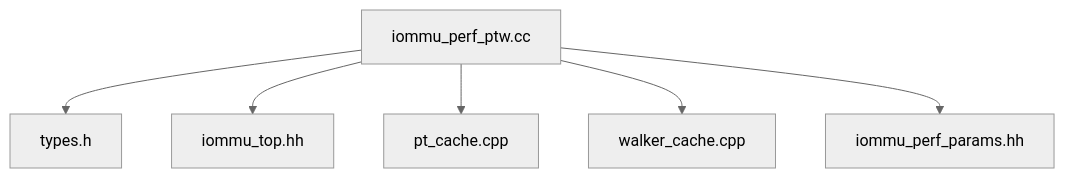
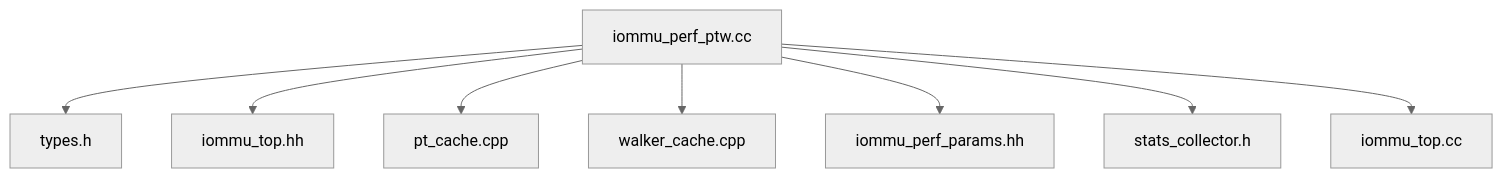
Before and after one commit to jiangjiang1122/iommu_model_20260401_v1: the seventh of 7 diagrams in .qoder/repowiki/zh/content/性能模型实现/PTW模块.md, drawn with Mermaid (neutral theme). The commit also changed other lines of this file and 48 other files, not shown here.

````diff
--- a/.qoder/repowiki/zh/content/性能模型实现/PTW模块.md
+++ b/.qoder/repowiki/zh/content/性能模型实现/PTW模块.md
@@ -289,14 +383,18 @@
 ```mermaid
 graph TB
 PTW[iommu_perf_ptw.cc]
 TYPES[types.h]
 TOP[iommu_top.hh]
 PT_CACHE[pt_cache.cpp]
 WALKER[walker_cache.cpp]
 PARAMS[iommu_perf_params.hh]
+STATS[stats_collector.h]
+VA_DEDUP[iommu_top.cc]
 PTW --> TYPES
 PTW --> TOP
 PTW --> PT_CACHE
 PTW --> WALKER
 PTW --> PARAMS
+PTW --> STATS
+PTW --> VA_DEDUP
 ```
````
